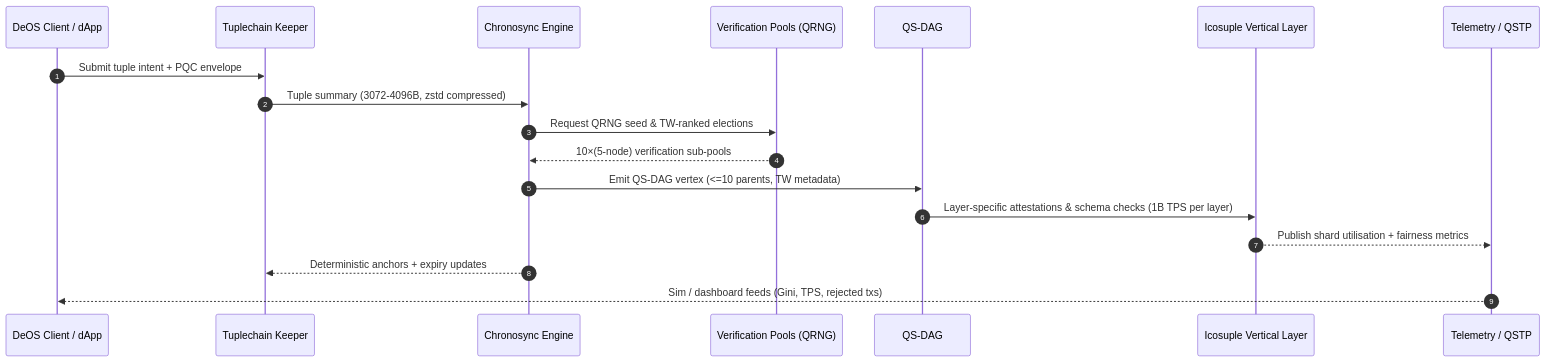
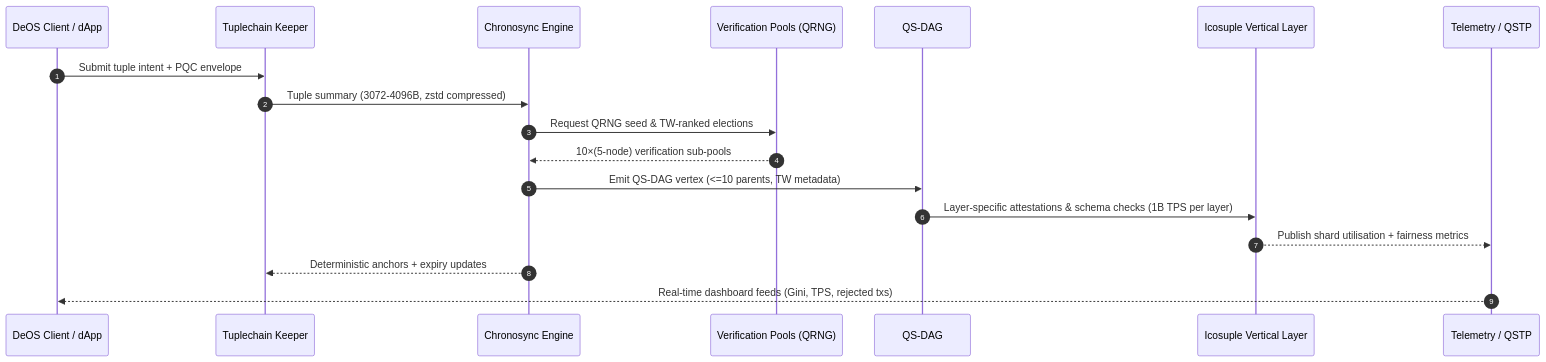
One commit to Lpierzina/pqc-tracing-bot changed the diagram in pqcnet-contracts/autheo-pqcnet-chronosync/README.md. Above: the diagram before and after it, drawn with Mermaid. The commit also changed other lines of this file and 1028 other files, not shown here.

````diff
--- a/pqcnet-contracts/autheo-pqcnet-chronosync/README.md
+++ b/pqcnet-contracts/autheo-pqcnet-chronosync/README.md
@@ -25,21 +39,21 @@
 ```mermaid
 sequenceDiagram
     autonumber
     participant Client as DeOS Client / dApp
     participant Tuple as Tuplechain Keeper
     participant Chrono as Chronosync Engine
     participant Pools as Verification Pools (QRNG)
     participant QS as QS-DAG
     participant Ico as Icosuple Vertical Layer
     participant Tele as Telemetry / QSTP
 
     Client->>Tuple: Submit tuple intent + PQC envelope
     Tuple->>Chrono: Tuple summary (3072-4096B, zstd compressed)
     Chrono->>Pools: Request QRNG seed & TW-ranked elections
     Pools-->>Chrono: 10×(5-node) verification sub-pools
     Chrono->>QS: Emit QS-DAG vertex (<=10 parents, TW metadata)
     QS->>Ico: Layer-specific attestations & schema checks (1B TPS per layer)
     Ico-->>Tele: Publish shard utilisation + fairness metrics
     Chrono-->>Tuple: Deterministic anchors + expiry updates
-    Tele-->>Client: Sim / dashboard feeds (Gini, TPS, rejected txs)
+    Tele-->>Client: Real-time dashboard feeds (Gini, TPS, rejected txs)
 ```
````
